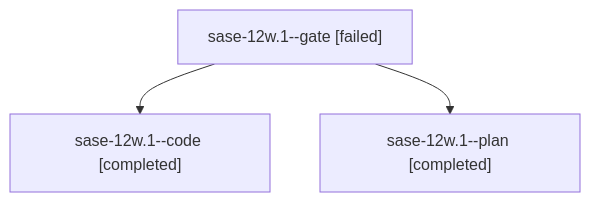
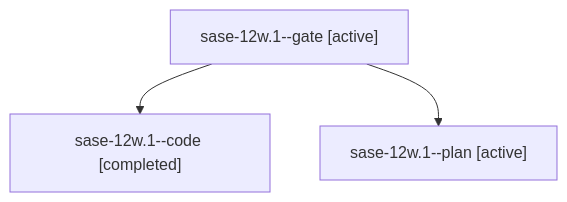
The diagram in families/bbugyi200.athena.sase-12w.1.md (sase-org/sase--agents), drawn with Mermaid before and after one commit. The commit also changed other lines of this file and 35830 other files, not shown here.

````diff
--- a/families/bbugyi200.athena.sase-12w.1.md
+++ b/families/bbugyi200.athena.sase-12w.1.md
@@ -9,8 +9,8 @@
 ```mermaid
 flowchart TD
-  n0["sase-12w.1--gate [failed]"]
+  n0["sase-12w.1--gate [active]"]
   n1["sase-12w.1--code [completed]"]
   n0 --> n1
-  n2["sase-12w.1--plan [completed]"]
+  n2["sase-12w.1--plan [active]"]
   n0 --> n2
 ```
````
